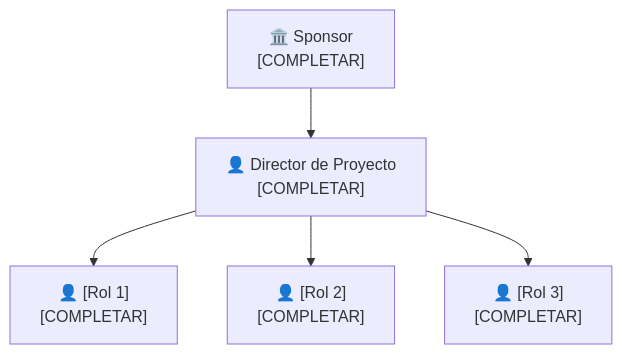
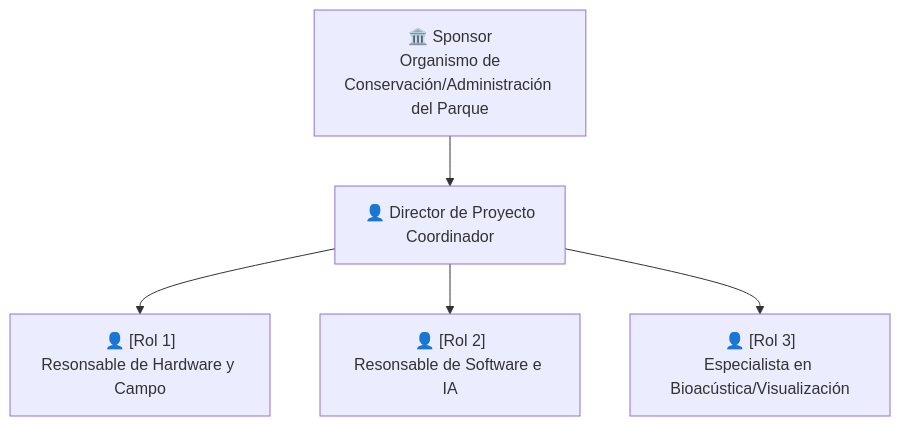
Before and after one commit to fatimalunazzz/GestionProyecto: the diagram in organizacion.md, drawn with Mermaid. The commit also changed other lines of this file, not shown here.

````diff
--- a/organizacion.md
+++ b/organizacion.md
@@ -30,13 +30,13 @@
 ```mermaid
 graph TD
-    Sponsor["🏛️ Sponsor\n[COMPLETAR]"]
-    PM["👤 Director de Proyecto\n[COMPLETAR]"]
-    M1["👤 [Rol 1]\n[COMPLETAR]"]
-    M2["👤 [Rol 2]\n[COMPLETAR]"]
-    M3["👤 [Rol 3]\n[COMPLETAR]"]
+    Sponsor["🏛️ Sponsor\n Organismo de Conservación/Administración del Parque"]
+    PM["👤 Director de Proyecto\n Coordinador"]
+    M1["👤 [Rol 1]\nResonsable de Hardware y Campo"]
+    M2["👤 [Rol 2]\nResonsable de Software e IA"]
+    M3["👤 [Rol 3]\nEspecialista en Bioacústica/Visualización"]
 
     Sponsor --> PM
     PM --> M1
     PM --> M2
     PM --> M3
 ```
````
